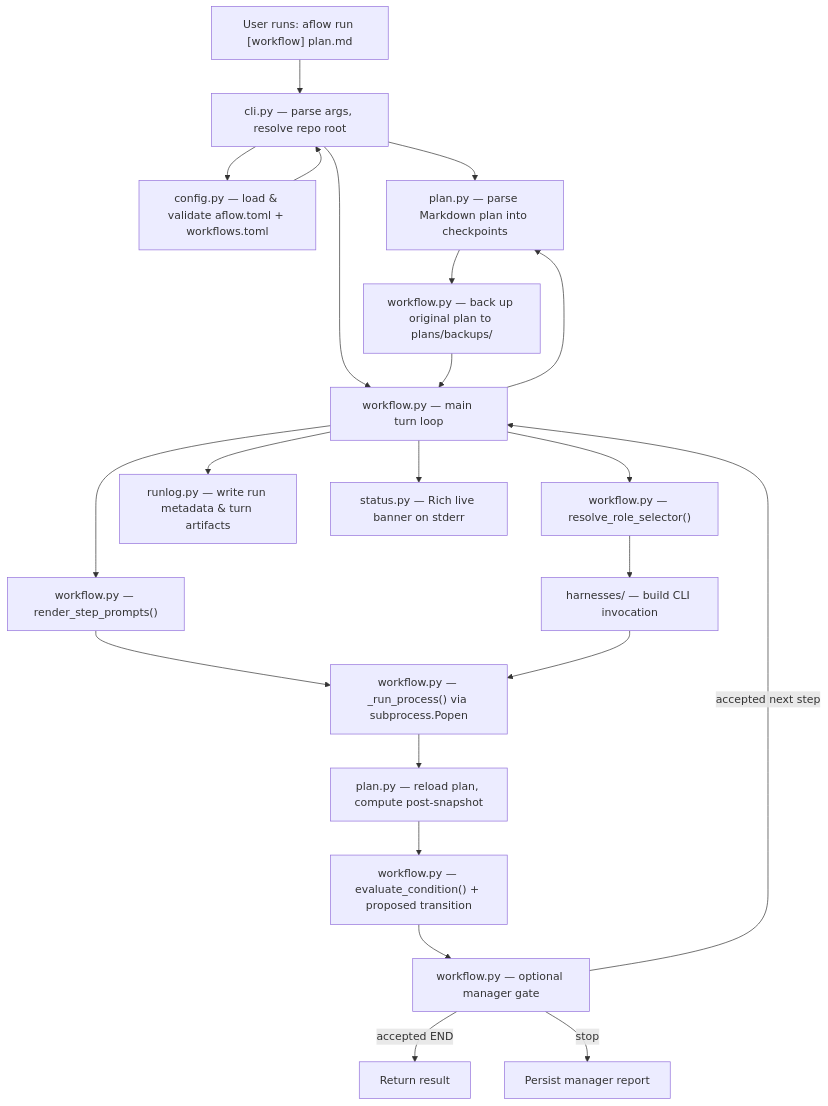
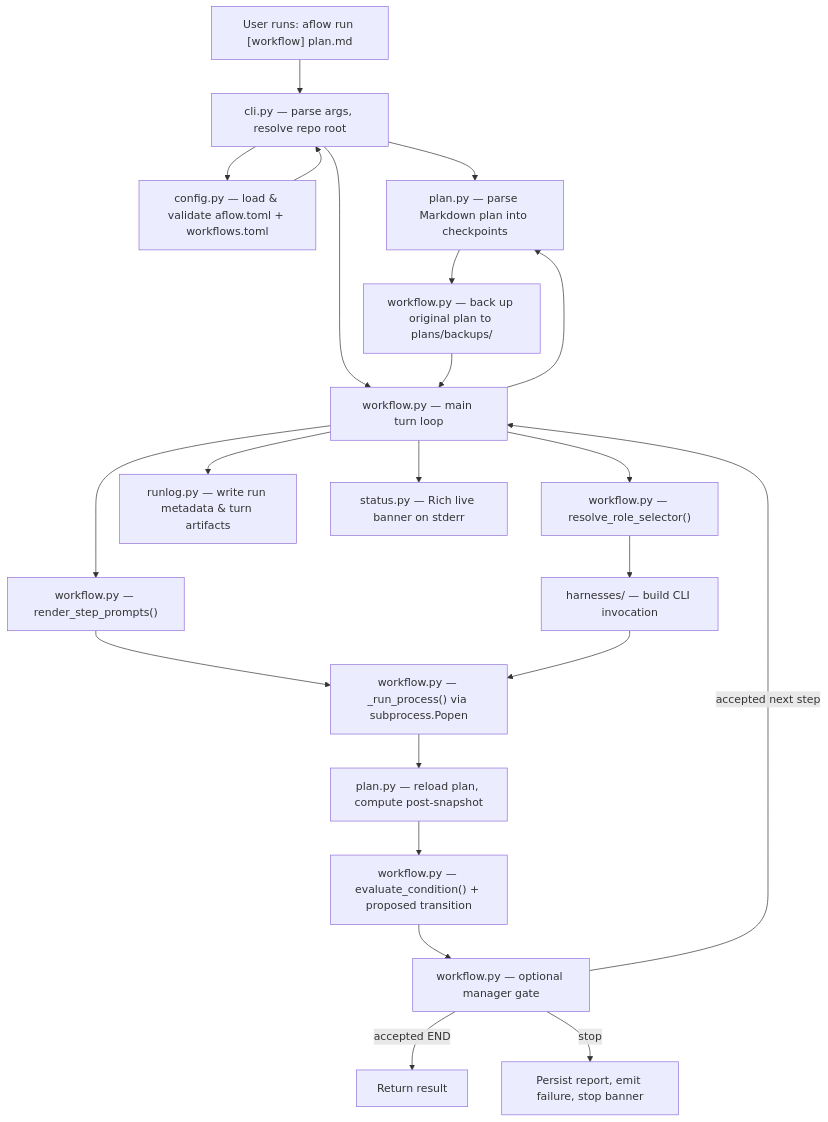
One commit to evrenesat/aworkflow changed the diagram in ARCHITECTURE.md. Above: the diagram before and after it, drawn with Mermaid. The commit also changed other lines of this file and 16 other files, not shown here.

````diff
--- a/ARCHITECTURE.md
+++ b/ARCHITECTURE.md
@@ -7,40 +7,40 @@
 ```mermaid
 flowchart TD
     User["User runs: aflow run [workflow] plan.md"]
     CLI["cli.py — parse args, resolve repo root"]
     Config["config.py — load & validate aflow.toml + workflows.toml"]
     PlanParse["plan.py — parse Markdown plan into checkpoints"]
     Backup["workflow.py — back up original plan to plans/backups/"]
     WorkflowLoop["workflow.py — main turn loop"]
     PromptRender["workflow.py — render_step_prompts()"]
     Role["workflow.py — resolve_role_selector()"]
     Adapter["harnesses/ — build CLI invocation"]
     Subprocess["workflow.py — _run_process() via subprocess.Popen"]
     PlanReload["plan.py — reload plan, compute post-snapshot"]
     Transition["workflow.py — evaluate_condition() + proposed transition"]
     Manager["workflow.py — optional manager gate"]
     RunLog["runlog.py — write run metadata & turn artifacts"]
     Banner["status.py — Rich live banner on stderr"]
 
     User --> CLI
     CLI --> Config
     Config --> CLI
     CLI --> PlanParse
     CLI --> WorkflowLoop
     WorkflowLoop --> PlanParse
     PlanParse --> Backup
     Backup --> WorkflowLoop
     WorkflowLoop --> PromptRender
     WorkflowLoop --> Role
     Role --> Adapter
     PromptRender --> Subprocess
     Adapter --> Subprocess
     Subprocess --> PlanReload
     PlanReload --> Transition
     Transition --> Manager
     Manager -->|"accepted next step"| WorkflowLoop
     Manager -->|"accepted END"| Done["Return result"]
-    Manager -->|"stop"| Stopped["Persist manager report"]
+    Manager -->|"stop"| Stopped["Persist report, emit failure, stop banner"]
     WorkflowLoop --> RunLog
     WorkflowLoop --> Banner
 ```
````
